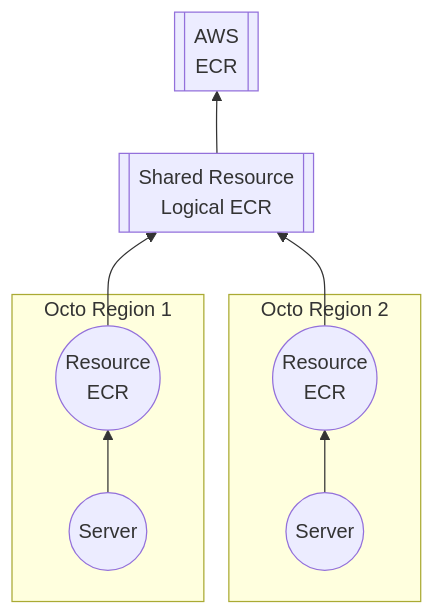
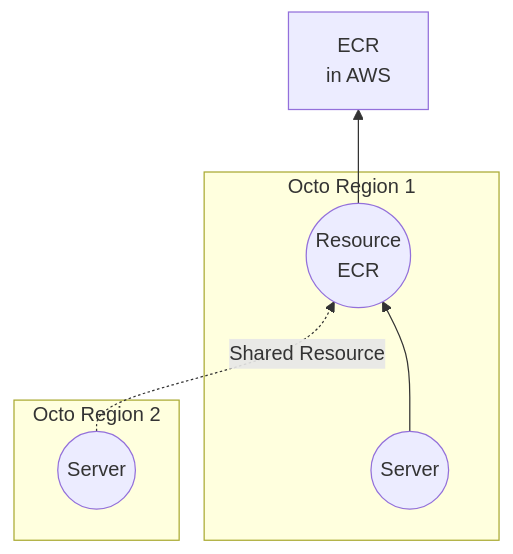
One commit to quadnix/octo changed the third of 3 diagrams in apps/octo-docs/docs/fundamentals/resources.mdx. Above: the diagram before and after it, drawn with Mermaid. The commit also changed other lines of this file and 5 other files, not shown here.

````diff
--- a/apps/octo-docs/docs/fundamentals/resources.mdx
+++ b/apps/octo-docs/docs/fundamentals/resources.mdx
@@ -72,21 +130,18 @@
 ```mermaid
 graph BT;
-    aws_ecr[[AWS \n ECR]]
-    ecr_resource_1((Resource \n ECR))
-    ecr_resource_2((Resource \n ECR))
-    ecr_shared_resource[[Shared Resource \n Logical ECR]]
+    aws_ecr[ECR <br/> in AWS]
+    ecr_resource_1((Resource <br/> ECR))
     server_1((Server))
     server_2((Server))
 
-    ecr_shared_resource --> aws_ecr
-    ecr_resource_1 --> ecr_shared_resource
-    ecr_resource_2 --> ecr_shared_resource
+    ecr_resource_1 --> aws_ecr
+    server_2 -. Shared Resource .-> ecr_resource_1
 
     subgraph region1 [Octo Region 1]
         server_1 --> ecr_resource_1
     end
 
     subgraph region 2 [Octo Region 2]
-        server_2 --> ecr_resource_2
+        server_2
     end
 ```
````
